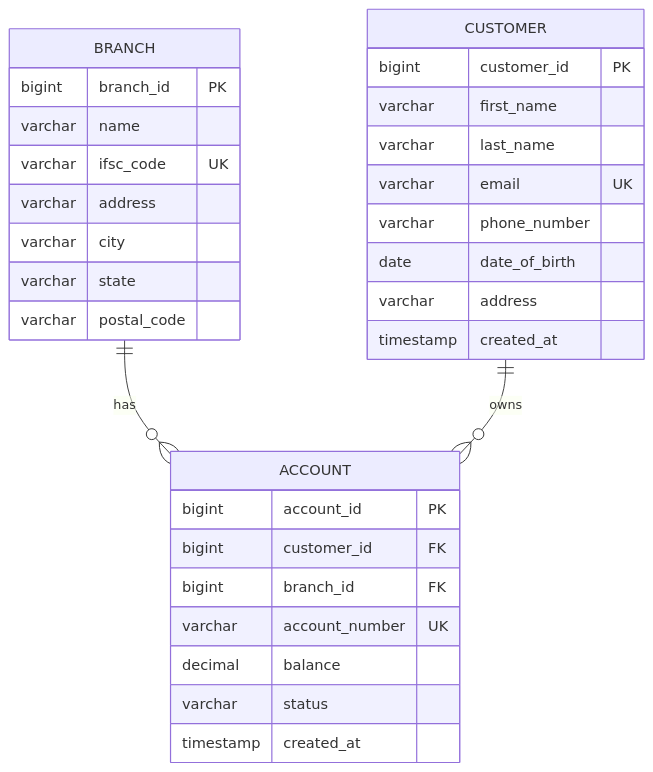
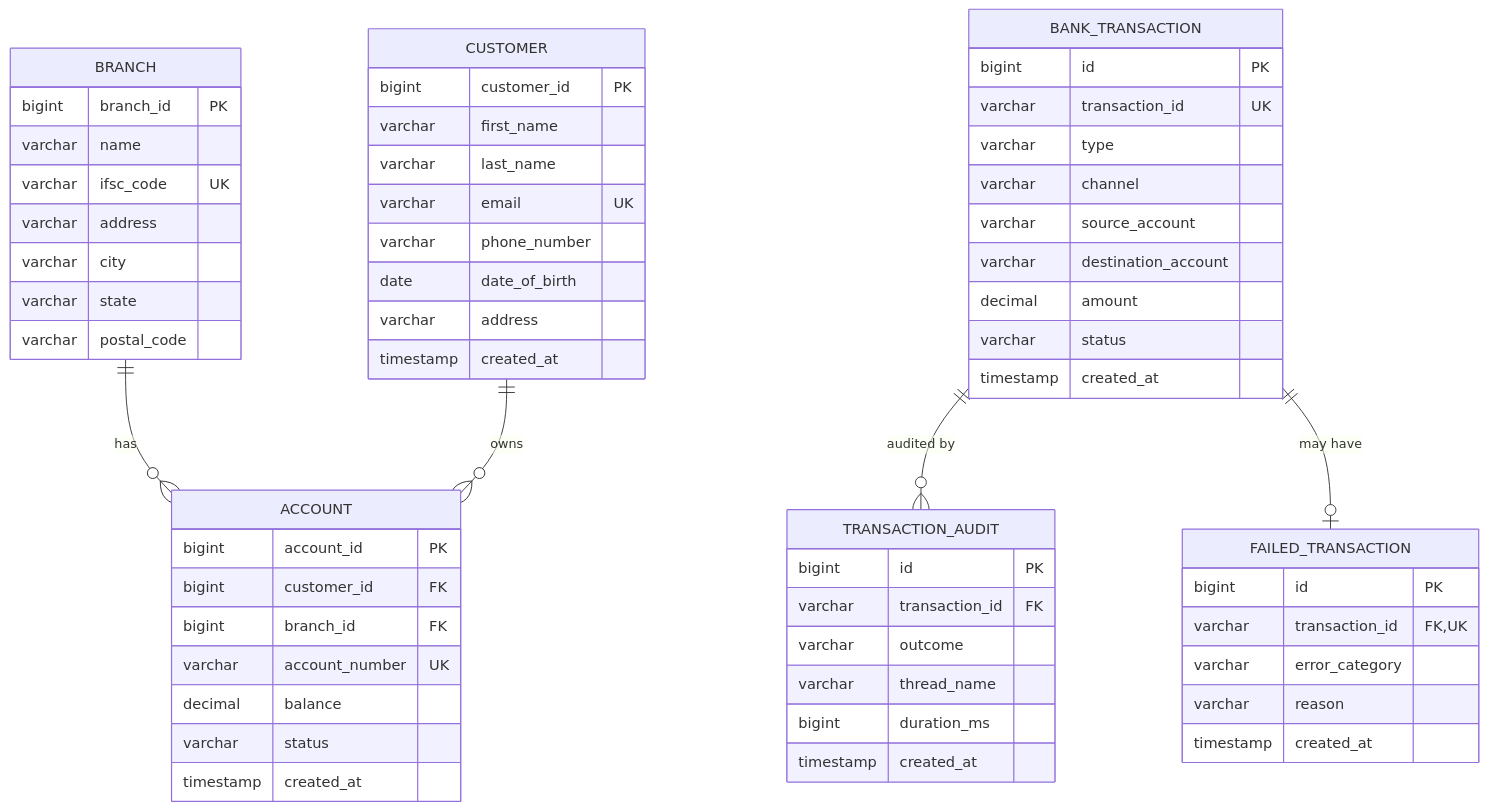
Before and after one commit to Shivampanwar538/Banking_Interface: the diagram in docs/er-diagram.md, drawn with Mermaid. The commit also changed other lines of this file, not shown here.

Commit message:
add transactions tables to er diagrams

````diff
--- a/docs/er-diagram.md
+++ b/docs/er-diagram.md
@@ -1,38 +1,69 @@
 ```mermaid
 
 erDiagram
     BRANCH ||--o{ ACCOUNT : "has"
     CUSTOMER ||--o{ ACCOUNT : "owns"
+    BANK_TRANSACTION ||--o{ TRANSACTION_AUDIT : "audited by"
+    BANK_TRANSACTION ||--o| FAILED_TRANSACTION : "may have"
 
     BRANCH {
         bigint branch_id PK
         varchar name
         varchar ifsc_code UK
         varchar address
         varchar city
         varchar state
         varchar postal_code
     }
 
     CUSTOMER {
         bigint customer_id PK
         varchar first_name
         varchar last_name
         varchar email UK
         varchar phone_number
         date date_of_birth
         varchar address
         timestamp created_at
     }
 
     ACCOUNT {
         bigint account_id PK
         bigint customer_id FK
         bigint branch_id FK
         varchar account_number UK
         decimal balance
         varchar status
         timestamp created_at
     }
+    
+    BANK_TRANSACTION {
+        bigint id PK
+        varchar transaction_id UK
+        varchar type
+        varchar channel
+        varchar source_account
+        varchar destination_account
+        decimal amount
+        varchar status
+        timestamp created_at
+    }
+
+    TRANSACTION_AUDIT {
+        bigint id PK
+        varchar transaction_id FK
+        varchar outcome
+        varchar thread_name
+        bigint duration_ms
+        timestamp created_at
+    }
+
+    FAILED_TRANSACTION {
+        bigint id PK
+        varchar transaction_id FK, UK
+        varchar error_category
+        varchar reason
+        timestamp created_at
+    }
 
 ```
````
